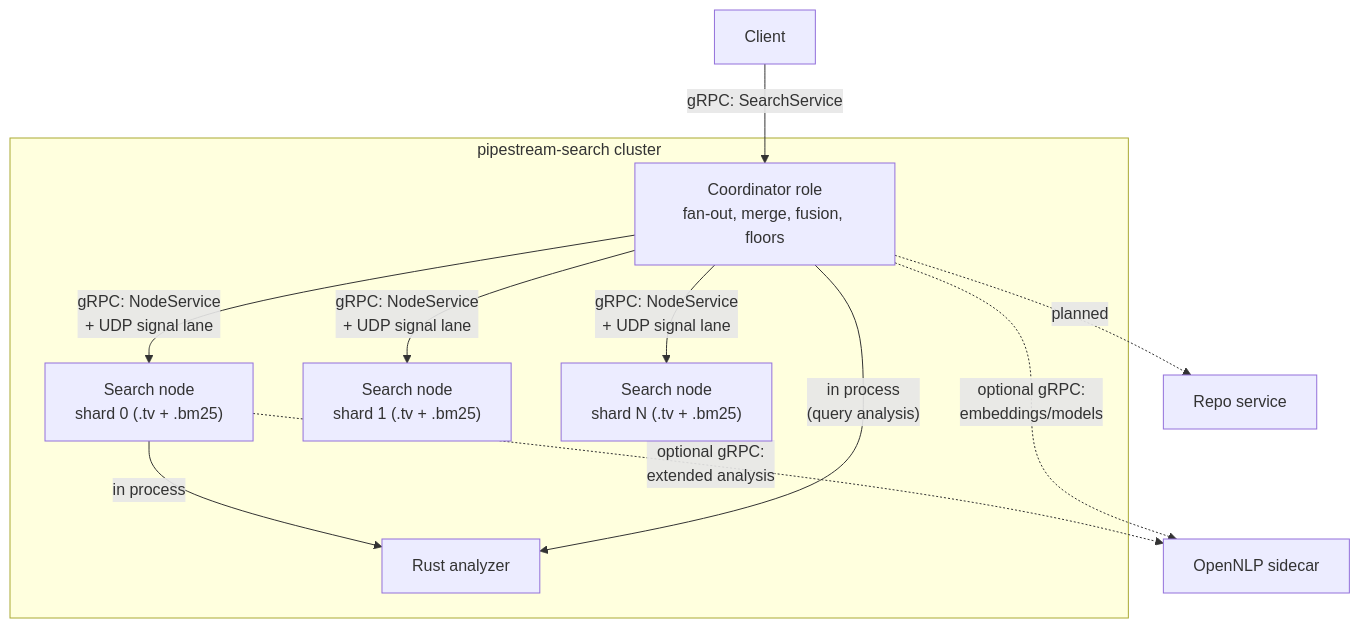
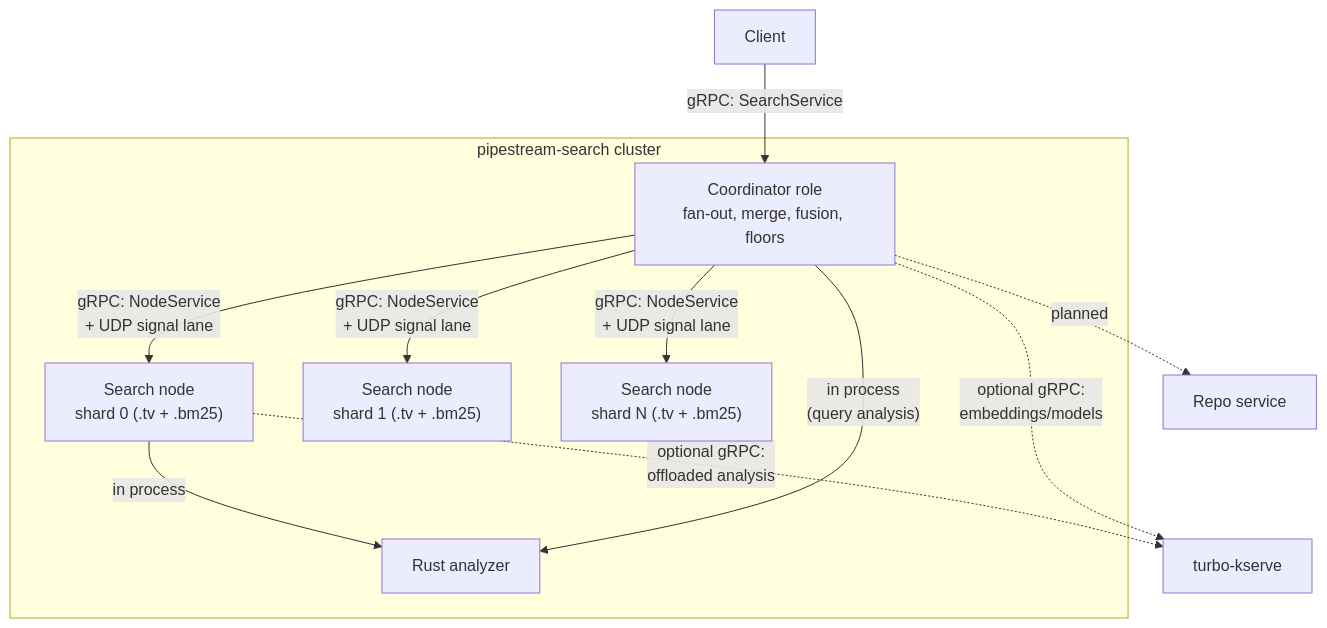
One commit to ai-pipestream/protomolt-search changed the second of 2 diagrams in docs/architecture.md. Above: the diagram before and after it, drawn with Mermaid. The commit also changed other lines of this file and 27 other files, not shown here.

````diff
--- a/docs/architecture.md
+++ b/docs/architecture.md
@@ -53,19 +53,19 @@
 ```mermaid
 flowchart TB
     subgraph cluster["pipestream-search cluster"]
         coord["Coordinator role<br/>fan-out, merge, fusion, floors"]
         n1["Search node<br/>shard 0 (.tv + .bm25)"]
         n2["Search node<br/>shard 1 (.tv + .bm25)"]
         n3["Search node<br/>shard N (.tv + .bm25)"]
         native["Rust analyzer<br/>product lexical specs"]
     end
     client["Client"] -->|"gRPC: SearchService"| coord
     coord -->|"gRPC: NodeService<br/>+ UDP signal lane"| n1
     coord -->|"gRPC: NodeService<br/>+ UDP signal lane"| n2
     coord -->|"gRPC: NodeService<br/>+ UDP signal lane"| n3
     n1 -->|"in process"| native["Rust analyzer"]
     coord -->|"in process<br/>(query analysis)"| native
-    n1 -.->|"optional gRPC:<br/>extended analysis"| nlp["OpenNLP sidecar"]
-    coord -.->|"optional gRPC:<br/>embeddings/models"| nlp
+    n1 -.->|"optional gRPC:<br/>offloaded analysis"| kserve["turbo-kserve"]
+    coord -.->|"optional gRPC:<br/>embeddings/models"| kserve
     coord -.->|"planned"| repo["Repo service"]
 ```
````
